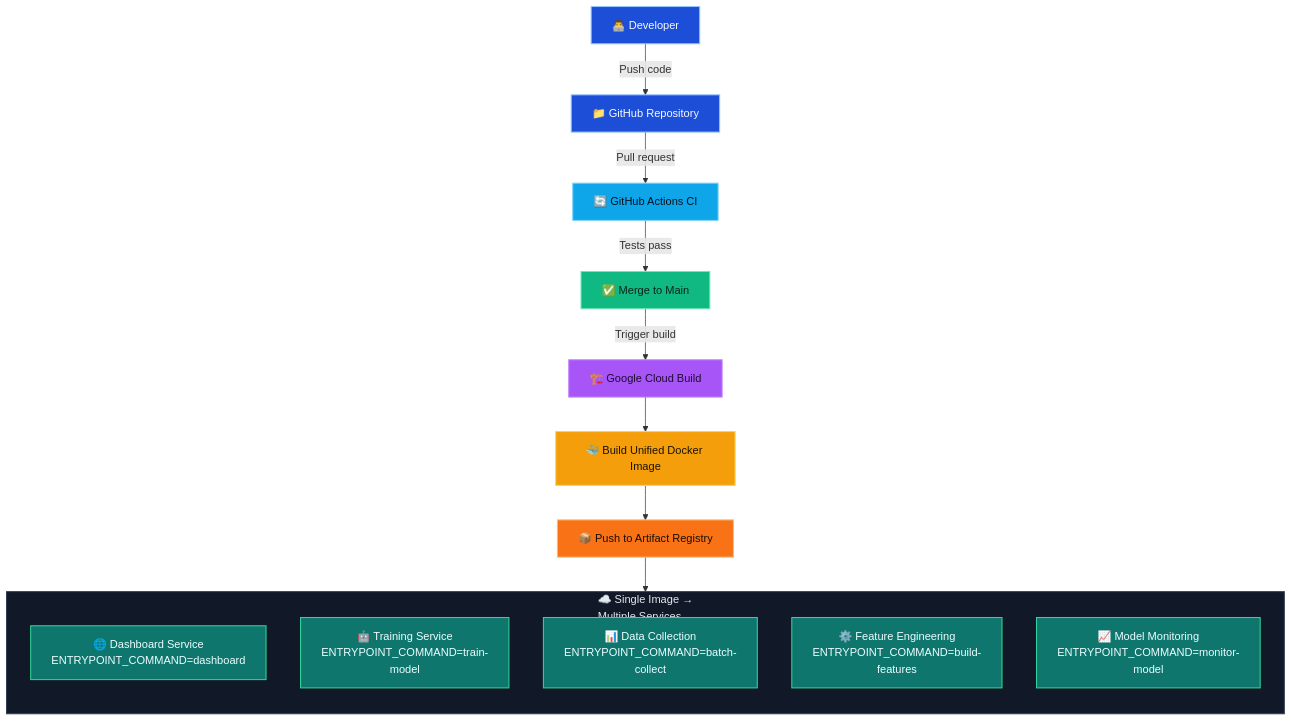
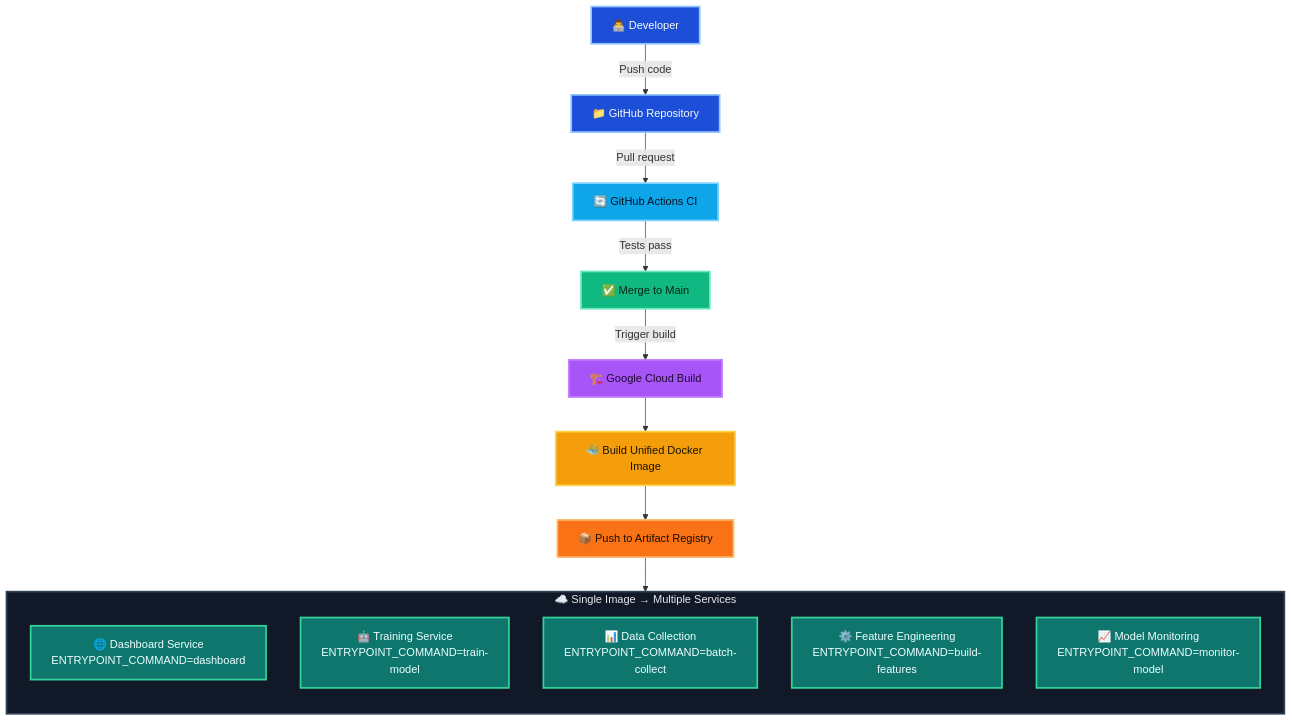
The first of 2 diagrams in README.md (scbtm/stock-market-analytics), drawn with Mermaid before and after one commit.

Commit message:
update diagram

````diff
--- a/README.md
+++ b/README.md
@@ -172,52 +172,52 @@
 ```mermaid
 %%{init: {
   "theme": "base",
   "themeVariables": {
     "fontFamily": "Inter, ui-sans-serif, system-ui, Segoe UI, Roboto, Helvetica, Arial",
     "primaryColor": "#0f172a",
     "primaryTextColor": "#f8fafc",
     "primaryBorderColor": "#334155",
     "lineColor": "#94a3b8",
     "edgeLabelBackground": "#0f172a",
     "clusterBkg": "#111827",
     "clusterBorder": "#334155"
 }}%%
 
 flowchart TB
     A[👨‍💻 Developer] -->|Push code| B[📁 GitHub Repository]
     B -->|Pull request| C[🔄 GitHub Actions CI]
     C -->|Tests pass| D[✅ Merge to Main]
     D -->|Trigger build| E[🏗️ Google Cloud Build]
 
     E --> F[🐳 Build Unified Docker Image]
     F --> G[📦 Push to Artifact Registry]
     G --> H
 
-    subgraph H[☁️ Single Image → <br/> Multiple Services]
+    subgraph H[☁️ Single Image → Multiple Services]
       direction TB
       I[🌐 Dashboard Service<br/>ENTRYPOINT_COMMAND=dashboard]
       J[🤖 Training Service<br/>ENTRYPOINT_COMMAND=train-model]
       K[📊 Data Collection<br/>ENTRYPOINT_COMMAND=batch-collect]
       L[⚙️ Feature Engineering<br/>ENTRYPOINT_COMMAND=build-features]
       M[📈 Model Monitoring<br/>ENTRYPOINT_COMMAND=monitor-model]
     end
 
     %% Modern, high-contrast palette (reads well in light & dark)
-    classDef dev fill:#1d4ed8,stroke:#93c5fd,color:#f8fafc,stroke-width:1.5px;
-    classDef ci fill:#0ea5e9,stroke:#7dd3fc,color:#0b1220,stroke-width:1.5px;
-    classDef merge fill:#10b981,stroke:#6ee7b7,color:#062418,stroke-width:1.5px;
-    classDef build fill:#a855f7,stroke:#c084fc,color:#1f0a33,stroke-width:1.5px;
-    classDef image fill:#f59e0b,stroke:#fcd34d,color:#1a1200,stroke-width:1.5px;
-    classDef registry fill:#f97316,stroke:#fdba74,color:#1a0d00,stroke-width:1.5px;
-    classDef group fill:#111827,stroke:#334155,color:#e5e7eb,stroke-width:1.5px;
-    classDef svc fill:#0f766e,stroke:#34d399,color:#ecfeff,stroke-width:1.5px;
+    classDef dev fill:#1d4ed8,stroke:#93c5fd,color:#f8fafc,stroke-width:2.5px;
+    classDef ci fill:#0ea5e9,stroke:#7dd3fc,color:#0b1220,stroke-width:2.5px;
+    classDef merge fill:#10b981,stroke:#6ee7b7,color:#062418,stroke-width:2.5px;
+    classDef build fill:#a855f7,stroke:#c084fc,color:#1f0a33,stroke-width:2.5px;
+    classDef image fill:#f59e0b,stroke:#fcd34d,color:#1a1200,stroke-width:2.5px;
+    classDef registry fill:#f97316,stroke:#fdba74,color:#1a0d00,stroke-width:2.5px;
+    classDef group fill:#111827,stroke:#334155,color:#e5e7eb,stroke-width:2.5px;
+    classDef svc fill:#0f766e,stroke:#34d399,color:#ecfeff,stroke-width:2.5px;
 
     class A,B dev;
     class C ci;
     class D merge;
     class E build;
     class F image;
     class G registry;
     class H group;
     class I,J,K,L,M svc;
 ```
````
